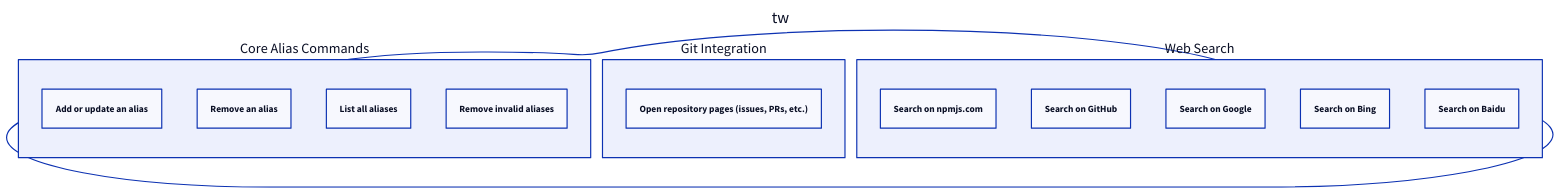
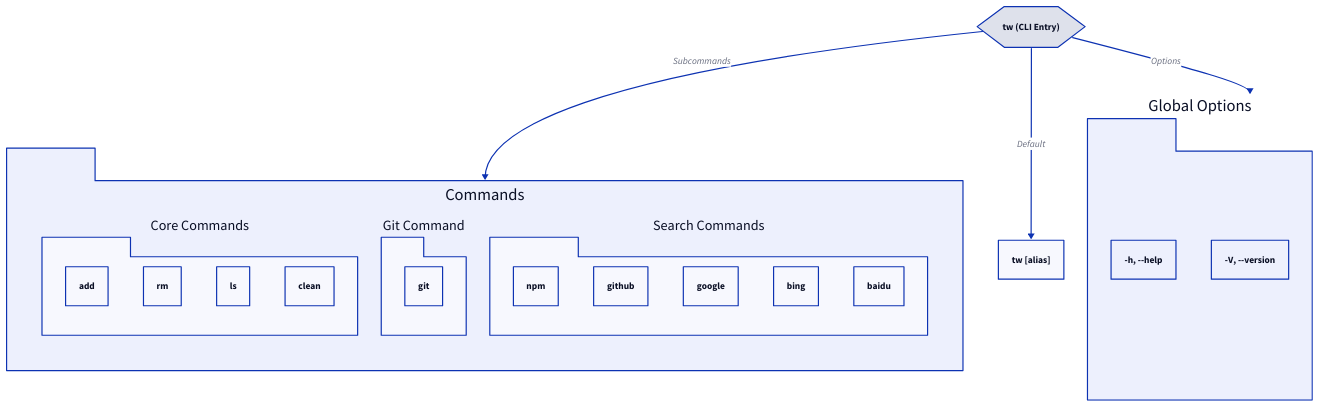
The diagram in .aigne/doc-smith/docs/command-reference.md (lban2049/to-where-cli), drawn with D2 before and after one commit. The commit also changed other lines of this file and 24 other files, not shown here.

````diff
--- a/.aigne/doc-smith/docs/command-reference.md
+++ b/.aigne/doc-smith/docs/command-reference.md
@@ -7,25 +9,50 @@
 ```d2
 direction: down
 
 "tw": {
-  shape: cloud
-  "Core Alias Commands": {
-    "add": "Add or update an alias"
-    "rm": "Remove an alias"
-    "ls": "List all aliases"
-    "clean": "Remove invalid aliases"
+  shape: hexagon
+  label: "tw (CLI Entry)"
+}
+
+"Commands": {
+  shape: package
+  grid-columns: 3
+
+  "Core Commands": {
+    shape: package
+    "add"
+    "rm"
+    "ls"
+    "clean"
   }
 
-  "Git Integration": {
-    "git": "Open repository pages (issues, PRs, etc.)"
+  "Git Command": {
+    shape: package
+    "git"
   }
 
-  "Web Search": {
-    "npm": "Search on npmjs.com"
-    "github": "Search on GitHub"
-    "google": "Search on Google"
-    "bing": "Search on Bing"
-    "baidu": "Search on Baidu"
+  "Search Commands": {
+    shape: package
+    "npm"
+    "github"
+    "google"
+    "bing"
+    "baidu"
   }
 }
+
+"Default Action": {
+  label: "tw [alias]"
+  shape: rectangle
+}
+
+"Global Options": {
+    shape: package
+    "-h, --help"
+    "-V, --version"
+}
+
+"tw" -> "Default Action": "Default"
+"tw" -> "Commands": "Subcommands"
+"tw" -> "Global Options": "Options"
 ```
````
